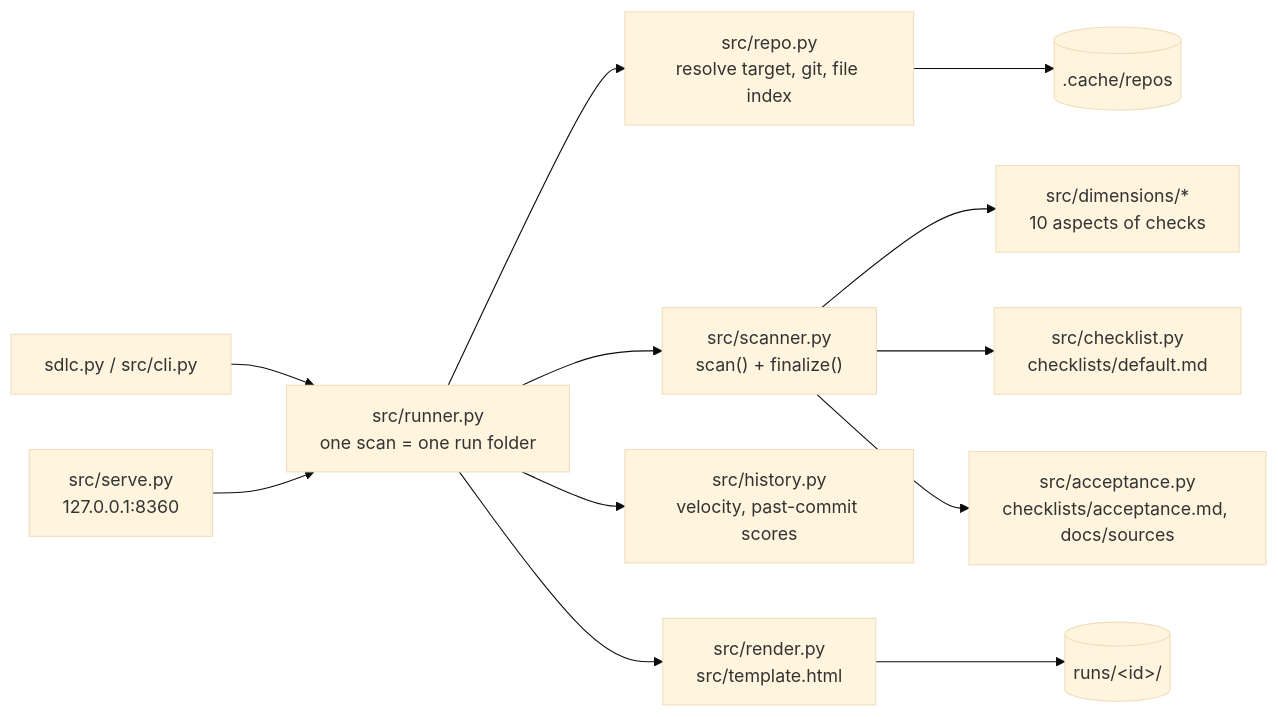
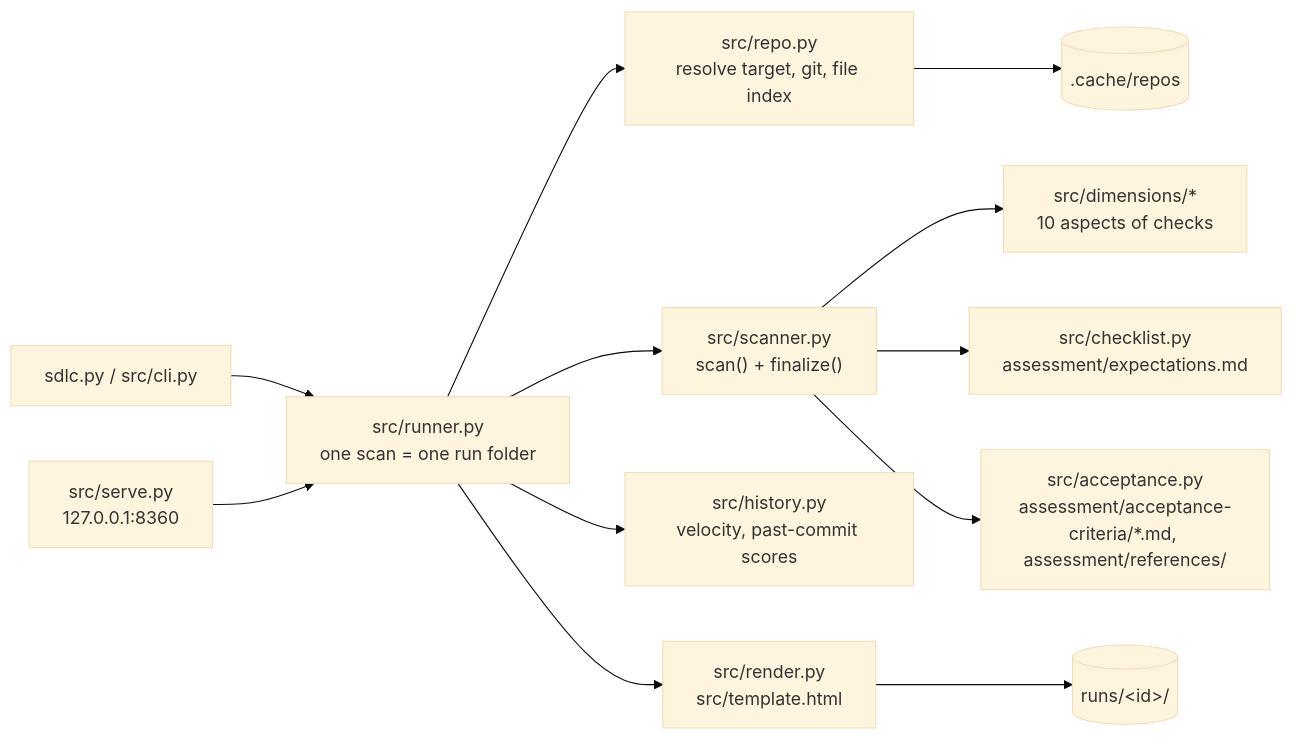
Before and after one commit to dryabokon/SDLC360: the first of 2 diagrams in docs/architecture.md, drawn with Mermaid (base theme). The commit also changed other lines of this file and 89 other files, not shown here.

First line of the commit message:
Restructure: one assessment/ folder people edit, readable acceptance criteria, fewer root files

````diff
--- a/docs/architecture.md
+++ b/docs/architecture.md
@@ -8,14 +8,14 @@
 ```mermaid
 flowchart LR
     CLI["sdlc.py / src/cli.py"] --> Runner
     Web["src/serve.py<br/>127.0.0.1:8360"] --> Runner
     Runner["src/runner.py<br/>one scan = one run folder"] --> Repo["src/repo.py<br/>resolve target, git, file index"]
     Runner --> Scanner["src/scanner.py<br/>scan() + finalize()"]
     Runner --> History["src/history.py<br/>velocity, past-commit scores"]
     Scanner --> Dims["src/dimensions/*<br/>10 aspects of checks"]
-    Scanner --> Checklist["src/checklist.py<br/>checklists/default.md"]
-    Scanner --> Acceptance["src/acceptance.py<br/>checklists/acceptance.md, docs/sources"]
+    Scanner --> Checklist["src/checklist.py<br/>assessment/expectations.md"]
+    Scanner --> Acceptance["src/acceptance.py<br/>assessment/acceptance-criteria/*.md, assessment/references/"]
     Runner --> Render["src/render.py<br/>src/template.html"]
     Render --> Runs[("runs/&lt;id&gt;/")]
     Repo --> Cache[(".cache/repos")]
 ```
````
